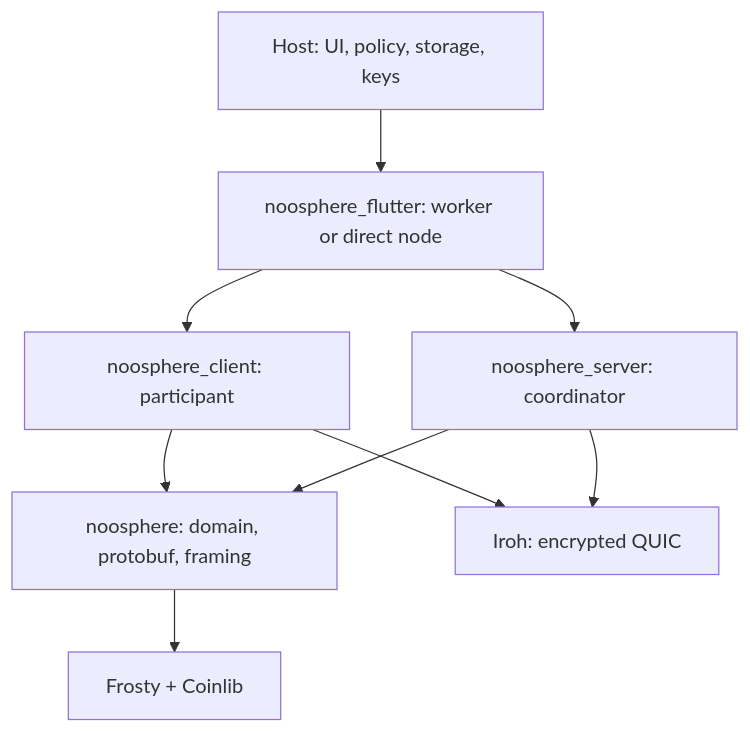
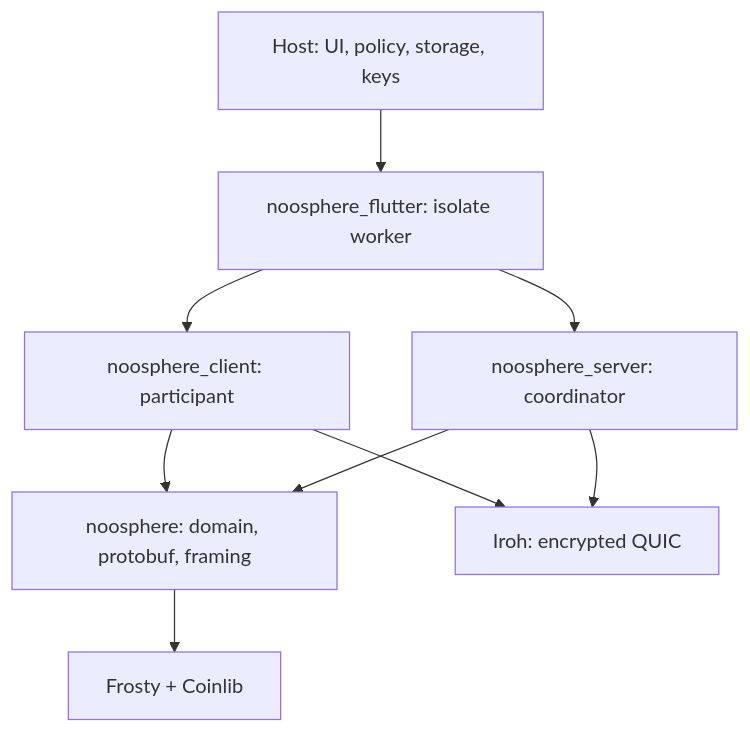
Before and after one commit to peerchemist/noosphere: the diagram in architecture.md, drawn with Mermaid. The commit also changed other lines of this file and 23 other files, not shown here.

Commit message:
Remove public direct node API

````diff
--- a/architecture.md
+++ b/architecture.md
@@ -20,18 +20,18 @@
 ```mermaid
 flowchart TB
     App["Host: UI, policy, storage, keys"]
-    Flutter["noosphere_flutter: worker or direct node"]
+    Flutter["noosphere_flutter: isolate worker"]
     Client["noosphere_client: participant"]
     Server["noosphere_server: coordinator"]
     Shared["noosphere: domain, protobuf, framing"]
     Iroh["Iroh: encrypted QUIC"]
     Crypto["Frosty + Coinlib"]
     App --> Flutter
     Flutter --> Client
     Flutter --> Server
     Client --> Shared
     Server --> Shared
     Client --> Iroh
     Server --> Iroh
     Shared --> Crypto
 ```
````
